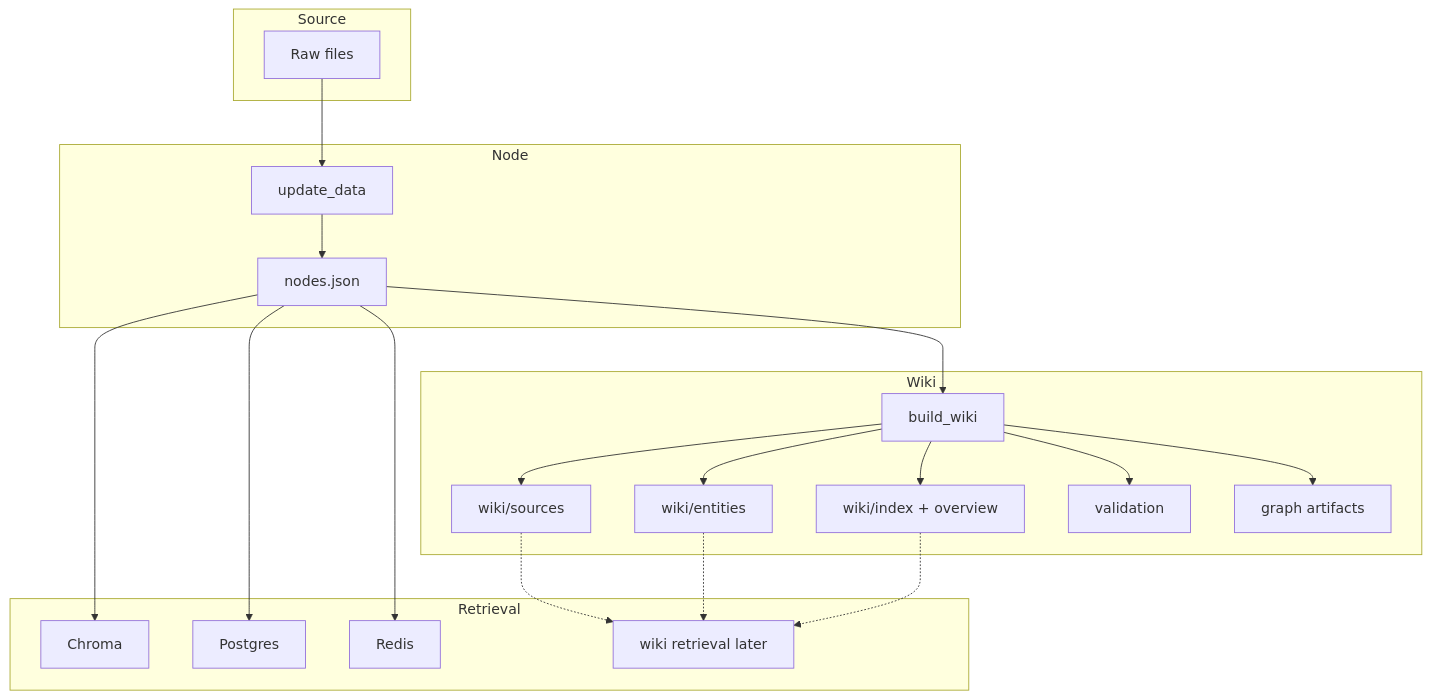
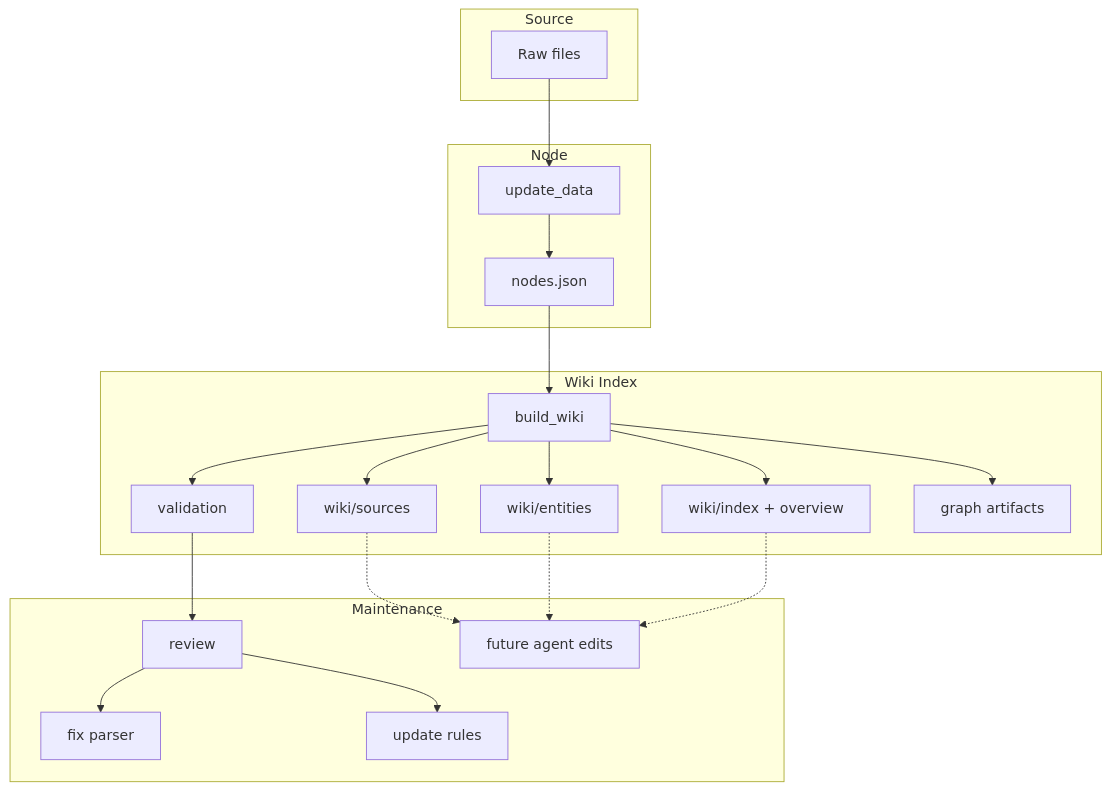
The diagram in chatdku/ingestion/llm-wiki/README.md (Edge-Intelligence-Lab/ChatDKU), drawn with Mermaid before and after one commit. The commit also changed other lines of this file and 1 other file, not shown here.

Commit message:
Refocus llm-wiki on maintenance workflow

````diff
--- a/chatdku/ingestion/llm-wiki/README.md
+++ b/chatdku/ingestion/llm-wiki/README.md
@@ -171,41 +204,41 @@
 ```mermaid
 flowchart TD
     subgraph L1["Source"]
         A["Raw files"]
     end
 
     subgraph L2["Node"]
         B["update_data"]
         C["nodes.json"]
     end
 
-    subgraph L3["Wiki"]
+    subgraph L3["Wiki Index"]
         D["build_wiki"]
         E["wiki/sources"]
         F["wiki/entities"]
         G["wiki/index + overview"]
         H["validation"]
         I["graph artifacts"]
     end
 
-    subgraph L4["Retrieval"]
-        J["Chroma"]
-        K["Postgres"]
-        L["Redis"]
-        M["wiki retrieval later"]
+    subgraph L4["Maintenance"]
+        J["review"]
+        K["fix parser"]
+        L["update rules"]
+        M["future agent edits"]
     end
 
     A --> B --> C --> D
     D --> E
     D --> F
     D --> G
     D --> H
     D --> I
 
-    C --> J
-    C --> K
-    C --> L
+    H --> J
+    J --> K
+    J --> L
     E -.-> M
     F -.-> M
     G -.-> M
 ```
````
